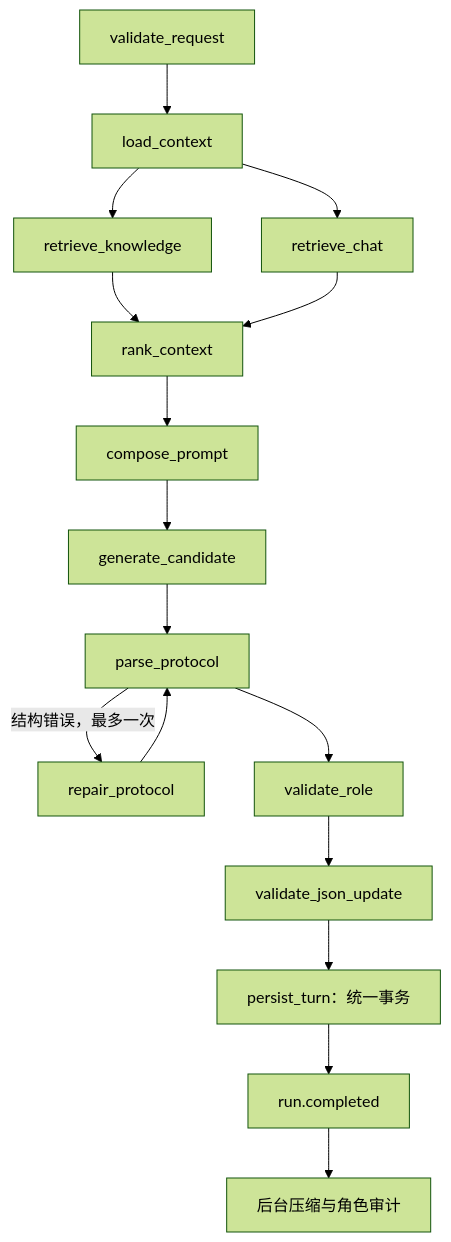
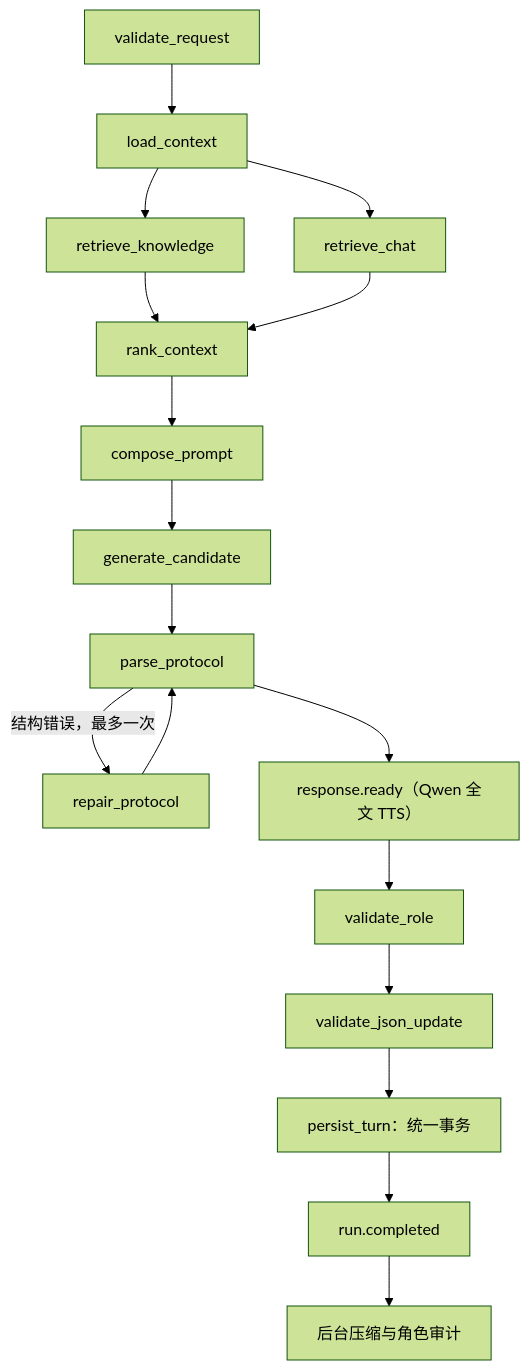
One commit to Spirtxiaoqi7/Mindspace changed the second of 3 diagrams in docs/ENGINEER_HANDBOOK.md. Above: the diagram before and after it, drawn with Mermaid (forest theme). The commit also changed other lines of this file and 158 other files, not shown here.

````diff
--- a/docs/ENGINEER_HANDBOOK.md
+++ b/docs/ENGINEER_HANDBOOK.md
@@ -96,18 +96,19 @@
 ```mermaid
 flowchart TD
     A["validate_request"] --> B["load_context"]
     B --> C["retrieve_knowledge"]
     B --> D["retrieve_chat"]
     C --> E["rank_context"]
     D --> E
     E --> F["compose_prompt"]
     F --> G["generate_candidate"]
     G --> H["parse_protocol"]
     H -->|"结构错误，最多一次"| I["repair_protocol"]
     I --> H
-    H --> J["validate_role"]
+    H --> R["response.ready（Qwen 全文 TTS）"]
+    R --> J["validate_role"]
     J --> K["validate_json_update"]
     K --> L["persist_turn：统一事务"]
     L --> M["run.completed"]
     M --> N["后台压缩与角色审计"]
 ```
````
